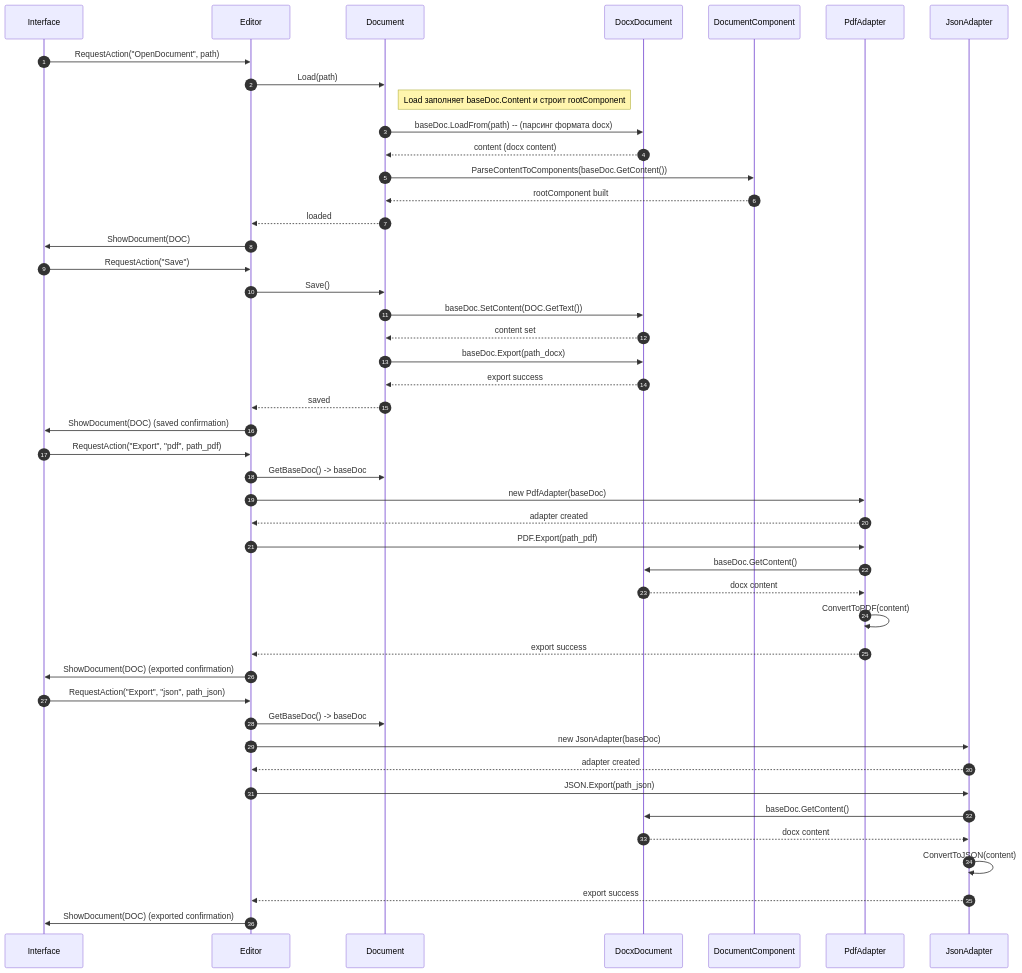
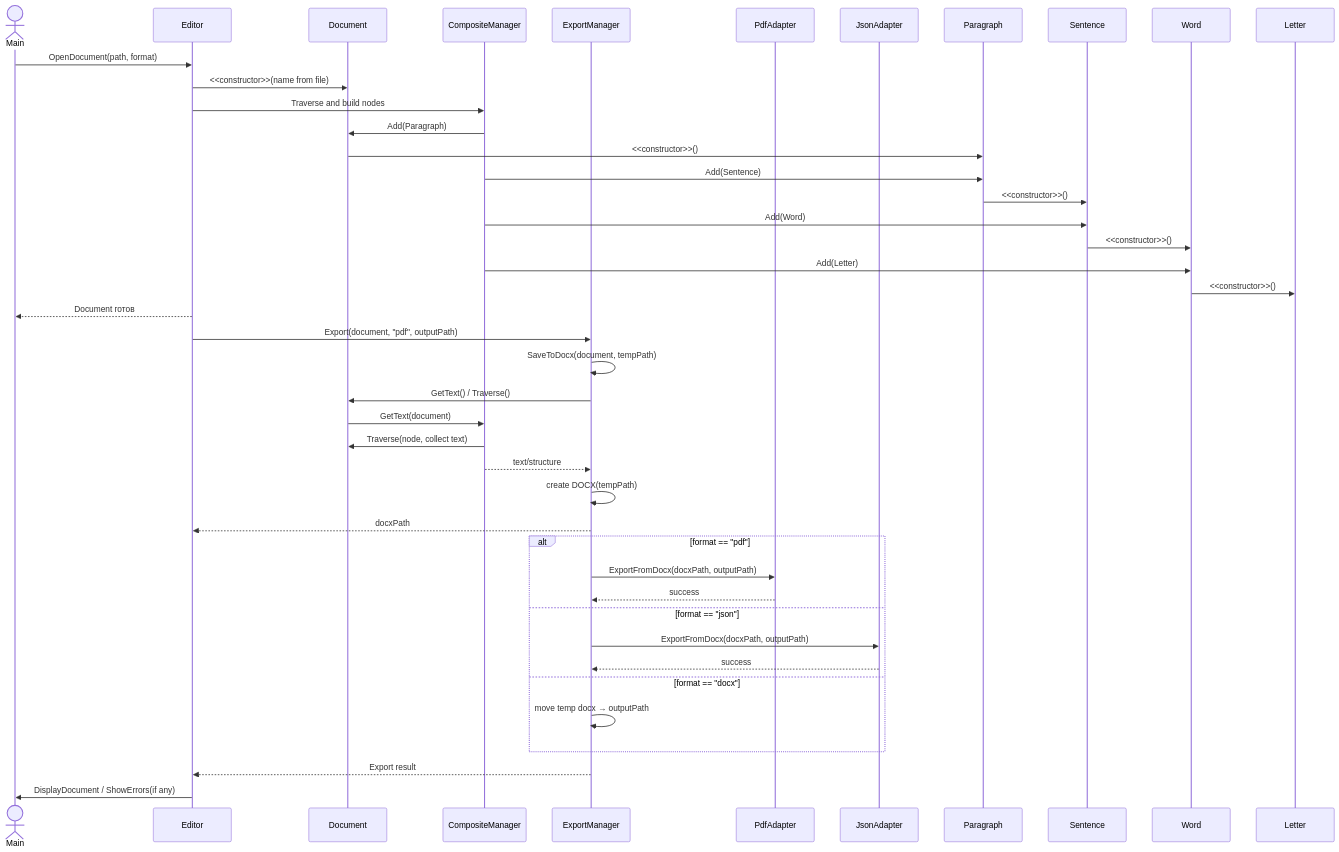
The diagram in Документация/Сценарии использования/02-Открытие, сохранение файла/Диаграмма последовательности Открытие, сохранение.md (penamarth/bsbo-03-23_team6_var11_textedit), drawn with Mermaid before and after one commit.

Commit message:
Update Диаграмма последовательности Открытие, сохранение.md

````diff
--- a/Документация/Сценарии использования/02-Открытие, сохранение файла/Диаграмма последовательности Открытие, сохранение.md
+++ b/Документация/Сценарии использования/02-Открытие, сохранение файла/Диаграмма последовательности Открытие, сохранение.md
@@ -2,56 +2,52 @@
 ``` mermaid
+
 sequenceDiagram
-    autonumber
-    participant UI as Interface
-    participant ED as Editor
-    participant DOC as Document
-    participant BASE as DocxDocument
-    participant ROOT as DocumentComponent
-    participant PDF as PdfAdapter
-    participant JSON as JsonAdapter
+    actor Main
+    participant Editor
+    participant Document
+    participant CompositeManager
+    participant ExportManager
+    participant PdfAdapter
+    participant JsonAdapter
+    participant Paragraph
+    participant Sentence
+    participant Word
+    participant Letter
 
-    %% A) ОТКРЫТИЕ
-    UI->>ED: RequestAction("OpenDocument", path)
-    ED->>DOC: Load(path)
-    note right of DOC: Load заполняет baseDoc.Content и строит rootComponent
-    DOC->>BASE: baseDoc.LoadFrom(path)  -- (парсинг формата docx)
-    BASE-->>DOC: content (docx content)
-    DOC->>ROOT: ParseContentToComponents(baseDoc.GetContent())
-    ROOT-->>DOC: rootComponent built
-    DOC-->>ED: loaded
-    ED->>UI: ShowDocument(DOC)
+    Main->>Editor: OpenDocument(path, format)
+    Editor->>Document: <<constructor>>(name from file)
+    Editor->>CompositeManager: Traverse and build nodes
+    CompositeManager->>Document: Add(Paragraph)
+    Document->>Paragraph: <<constructor>>()
+    CompositeManager->>Paragraph: Add(Sentence)
+    Paragraph->>Sentence: <<constructor>>()
+    CompositeManager->>Sentence: Add(Word)
+    Sentence->>Word: <<constructor>>()
+    CompositeManager->>Word: Add(Letter)
+    Word->>Letter: <<constructor>>()
+    Editor-->>Main: Document готов
 
-    %% B) СОХРАНЕНИЕ В DOCX
-    UI->>ED: RequestAction("Save")
-    ED->>DOC: Save()
-    DOC->>BASE: baseDoc.SetContent(DOC.GetText())
-    BASE-->>DOC: content set
-    DOC->>BASE: baseDoc.Export(path_docx)
-    BASE-->>DOC: export success
-    DOC-->>ED: saved
-    ED->>UI: ShowDocument(DOC) (saved confirmation)
+    Editor->>ExportManager: Export(document, "pdf", outputPath)
+    ExportManager->>ExportManager: SaveToDocx(document, tempPath)
+    ExportManager->>Document: GetText() / Traverse()
+    Document->>CompositeManager: GetText(document)
+    CompositeManager->>Document: Traverse(node, collect text)
+    CompositeManager-->>ExportManager: text/structure
+    ExportManager->>ExportManager: create DOCX(tempPath)
+    ExportManager-->>Editor: docxPath
 
-    %% C) ЭКСПОРТ В PDF и JSON через адаптеры
-    UI->>ED: RequestAction("Export", "pdf", path_pdf)
-    ED->>DOC: GetBaseDoc() -> baseDoc
-    ED->>PDF: new PdfAdapter(baseDoc)
-    PDF-->>ED: adapter created
-    ED->>PDF: PDF.Export(path_pdf)
-    PDF->>BASE: baseDoc.GetContent()
-    BASE-->>PDF: docx content
-    PDF->>PDF: ConvertToPDF(content)
-    PDF-->>ED: export success
-    ED->>UI: ShowDocument(DOC) (exported confirmation)
+    alt format == "pdf"
+        ExportManager->>PdfAdapter: ExportFromDocx(docxPath, outputPath)
+        PdfAdapter-->>ExportManager: success
+    else format == "json"
+        ExportManager->>JsonAdapter: ExportFromDocx(docxPath, outputPath)
+        JsonAdapter-->>ExportManager: success
+    else format == "docx"
+        ExportManager->>ExportManager: move temp docx → outputPath
+    end
 
-    UI->>ED: RequestAction("Export", "json", path_json)
-    ED->>DOC: GetBaseDoc() -> baseDoc
-    ED->>JSON: new JsonAdapter(baseDoc)
-    JSON-->>ED: adapter created
-    ED->>JSON: JSON.Export(path_json)
-    JSON->>BASE: baseDoc.GetContent()
-    BASE-->>JSON: docx content
-    JSON->>JSON: ConvertToJSON(content)
-    JSON-->>ED: export success
-    ED->>UI: ShowDocument(DOC) (exported confirmation)
+    ExportManager-->>Editor: Export result
+    Editor->>Main: DisplayDocument / ShowErrors(if any)
+
 
 ```
````
